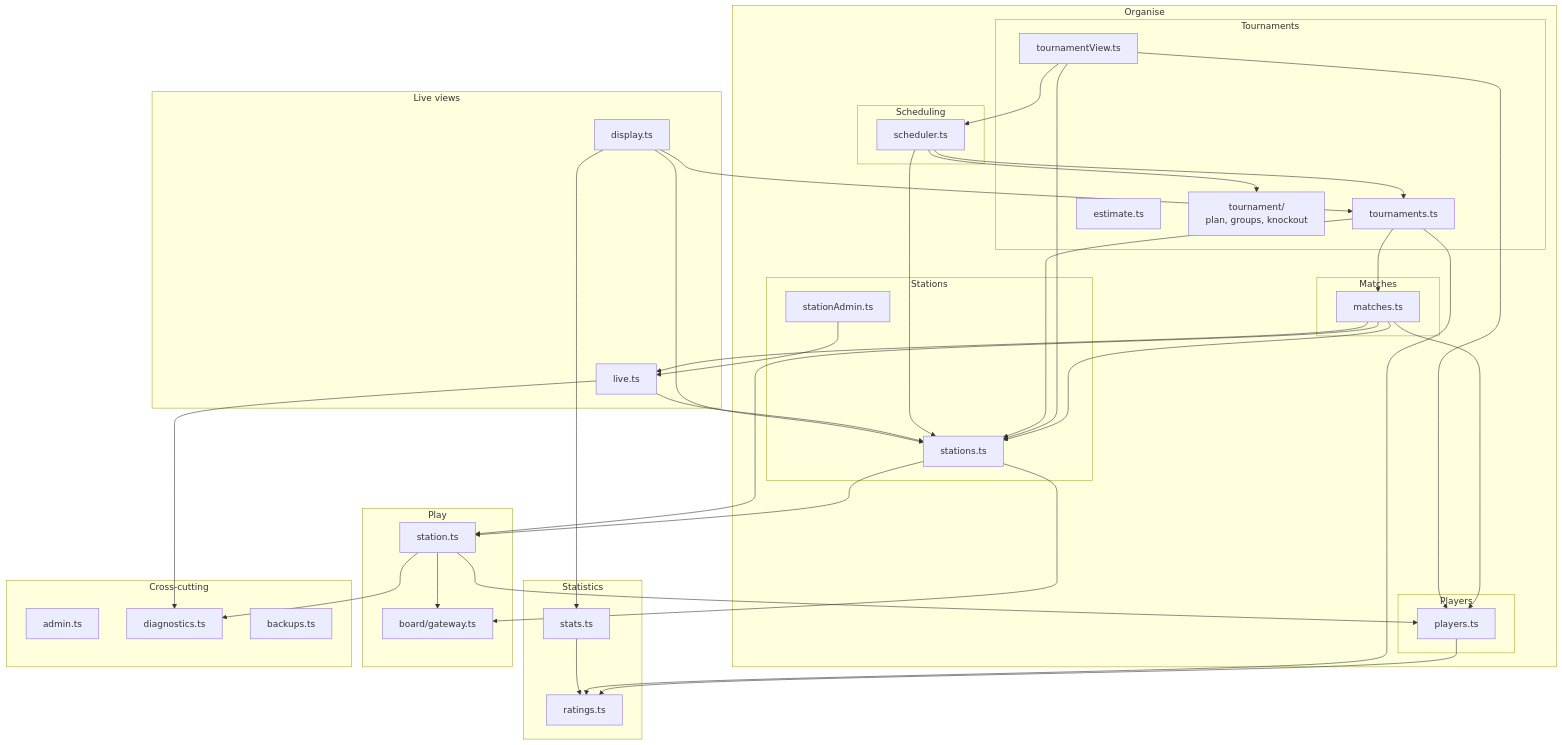
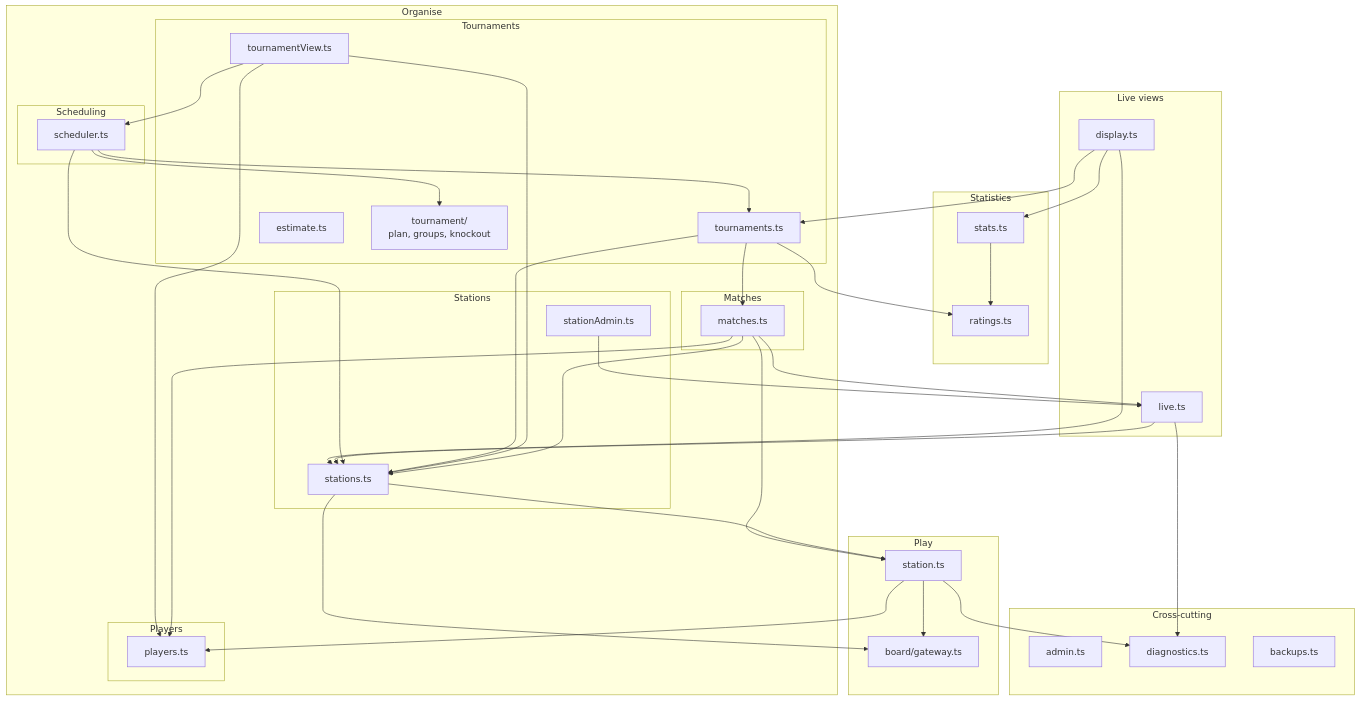
The second of 2 diagrams in docs/architecture/building-blocks.md (sverbach/n4-darts), drawn with Mermaid before and after one commit. The commit also changed other lines of this file and 4 other files, not shown here.

Commit message:
Players gets the rating handed in, no longer depends on Ratings (one-way-dependencies ticket 04)

````diff
--- a/docs/architecture/building-blocks.md
+++ b/docs/architecture/building-blocks.md
@@ -53,78 +53,77 @@
 ```mermaid
 flowchart TB
     subgraph views["Live views"]
         live["live.ts"]
         display["display.ts"]
     end
 
     subgraph statistics["Statistics"]
         stats["stats.ts"]
         ratings["ratings.ts"]
     end
 
     subgraph organise["Organise"]
         subgraph sched["Scheduling"]
             scheduler["scheduler.ts"]
         end
         subgraph tour["Tournaments"]
             tournaments["tournaments.ts"]
             tview["tournamentView.ts"]
             estimate["estimate.ts"]
             plan["tournament/<br/>plan, groups, knockout"]
         end
         subgraph mat["Matches"]
             matches["matches.ts"]
         end
         subgraph pl["Players"]
             players["players.ts"]
         end
         subgraph st["Stations"]
             stations["stations.ts"]
             stationAdmin["stationAdmin.ts"]
         end
     end
 
     subgraph play["Play"]
         station["station.ts"]
         gateway["board/gateway.ts"]
     end
 
     subgraph cross["Cross-cutting"]
         admin["admin.ts"]
         diagnostics["diagnostics.ts"]
         backups["backups.ts"]
     end
 
     display --> tournaments
     display --> stats
     display --> stations
     live --> stations
 
     stats --> ratings
 
     scheduler --> tournaments
     scheduler --> stations
     scheduler --> plan
 
     tournaments --> matches
     tournaments --> ratings
     tournaments --> stations
     tview --> scheduler
     tview --> players
     tview --> stations
 
     matches --> station
     matches --> stations
     matches --> players
     matches --> live
-    players --> ratings
 
     stationAdmin --> live
     stations --> station
     stations --> gateway
     station --> gateway
     station --> players
 
     station --> diagnostics
     live --> diagnostics
 ```
````
